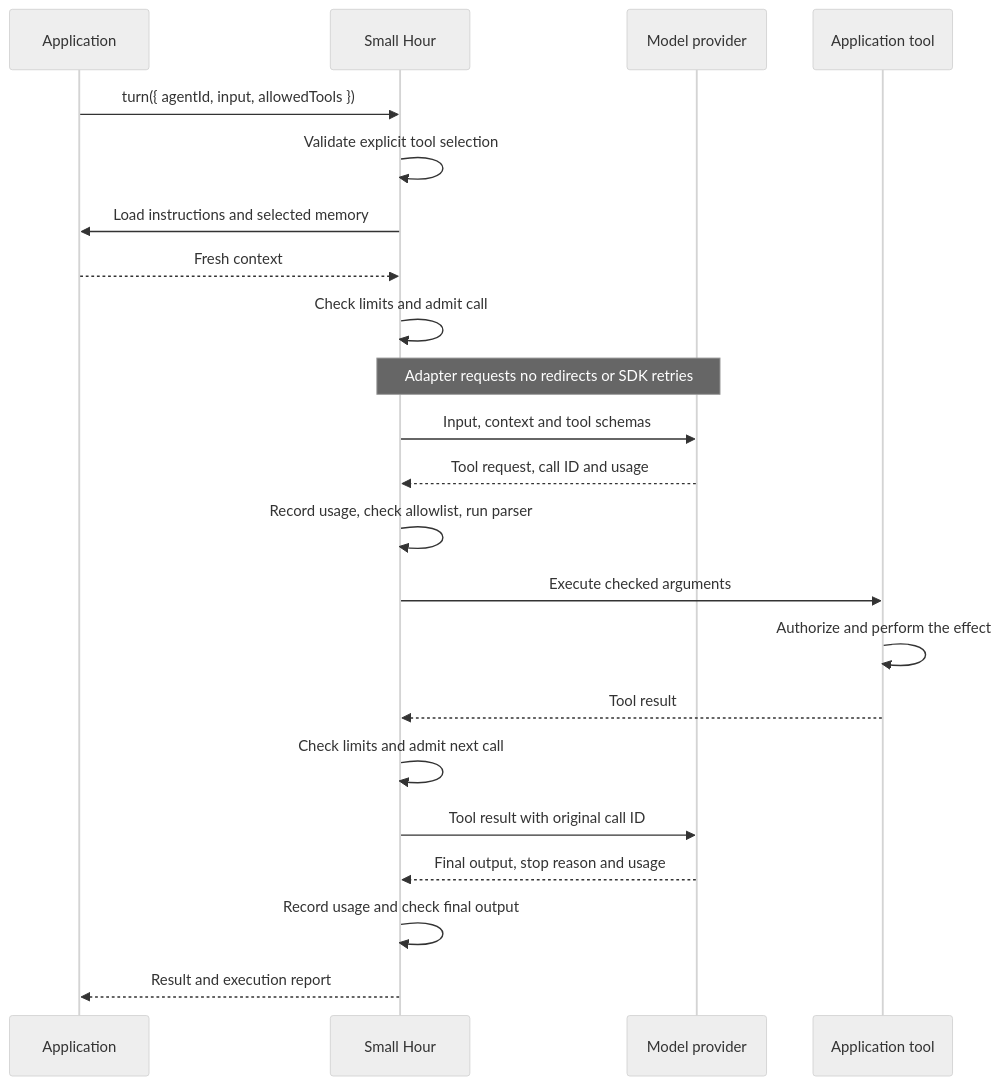
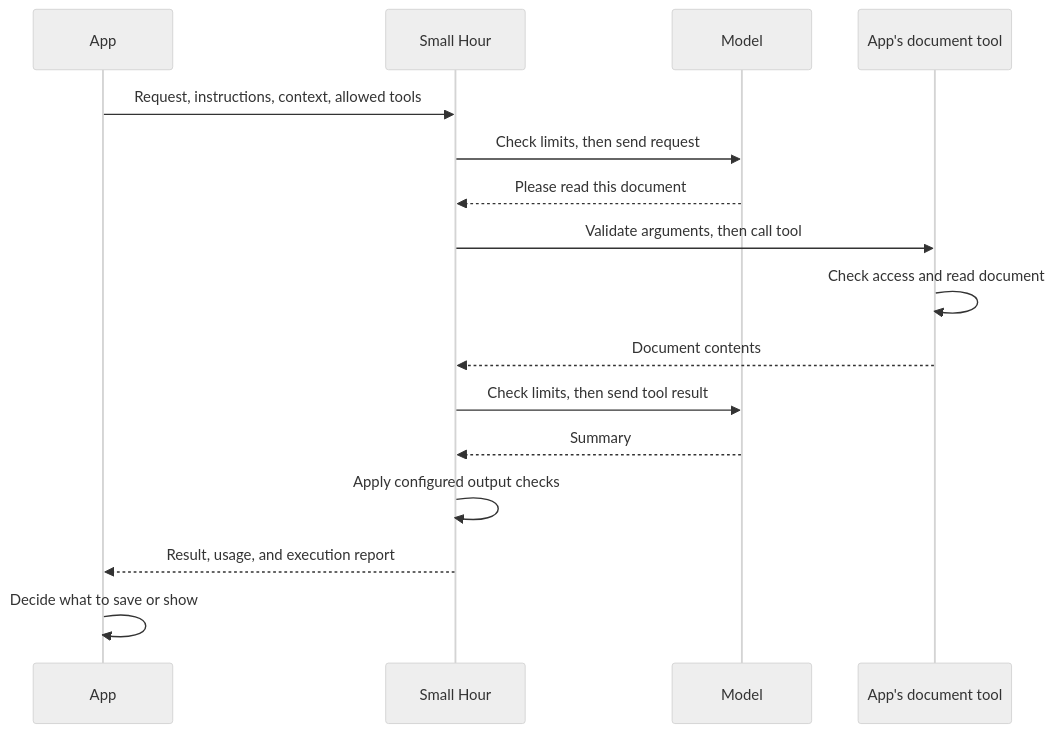
The diagram in docs/runtime.md (jingyufanclub/small-hour), drawn with Mermaid (neutral theme) before and after one commit. The commit also changed other lines of this file and 20 other files, not shown here.

First line of the commit message:
Explain Small Hour with concise, practical guides (#34)

````diff
--- a/docs/runtime.md
+++ b/docs/runtime.md
@@ -17,26 +9,20 @@
 ```mermaid
 sequenceDiagram
-    accTitle: One turn with a tool call
-    accDescr: The application supplies input and an explicit tool selection. Small Hour validates that selection before loading fresh context, admits each model call, requests redirect rejection and disables SDK retries. It runs the required local tool parser before execution. The application tool authorizes its effect. Small Hour returns the result with its original call ID, then checks the final output.
-    participant app as Application
-    participant runtime as Small Hour
-    participant provider as Model provider
-    participant tool as Application tool
-    app->>runtime: turn({ agentId, input, allowedTools })
-    runtime->>runtime: Validate explicit tool selection
-    runtime->>app: Load instructions and selected memory
-    app-->>runtime: Fresh context
-    runtime->>runtime: Check limits and admit call
-    Note over runtime,provider: Adapter requests no redirects or SDK retries
-    runtime->>provider: Input, context and tool schemas
-    provider-->>runtime: Tool request, call ID and usage
-    runtime->>runtime: Record usage, check allowlist, run parser
-    runtime->>tool: Execute checked arguments
-    tool->>tool: Authorize and perform the effect
-    tool-->>runtime: Tool result
-    runtime->>runtime: Check limits and admit next call
-    runtime->>provider: Tool result with original call ID
-    provider-->>runtime: Final output, stop reason and usage
-    runtime->>runtime: Record usage and check final output
-    runtime-->>app: Result and execution report
+    accTitle: A request that needs a tool
+    accDescr: The app supplies a request and context. Small Hour checks limits, calls the model, validates its tool request, and returns the checked answer. The application tool checks permission before reading.
+    participant App
+    participant Runtime as Small Hour
+    participant Model
+    participant Tool as App's document tool
+    App->>Runtime: Request, instructions, context, allowed tools
+    Runtime->>Model: Check limits, then send request
+    Model-->>Runtime: Please read this document
+    Runtime->>Tool: Validate arguments, then call tool
+    Tool->>Tool: Check access and read document
+    Tool-->>Runtime: Document contents
+    Runtime->>Model: Check limits, then send tool result
+    Model-->>Runtime: Summary
+    Runtime->>Runtime: Apply configured output checks
+    Runtime-->>App: Result, usage, and execution report
+    App->>App: Decide what to save or show
 ```
````
